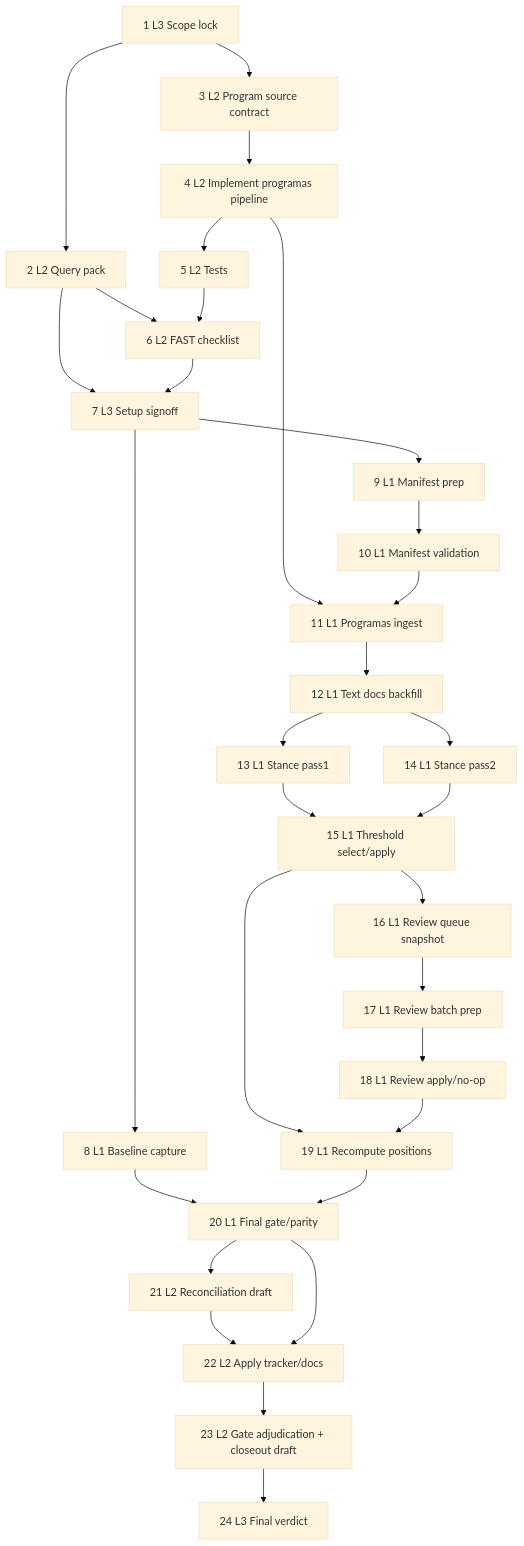
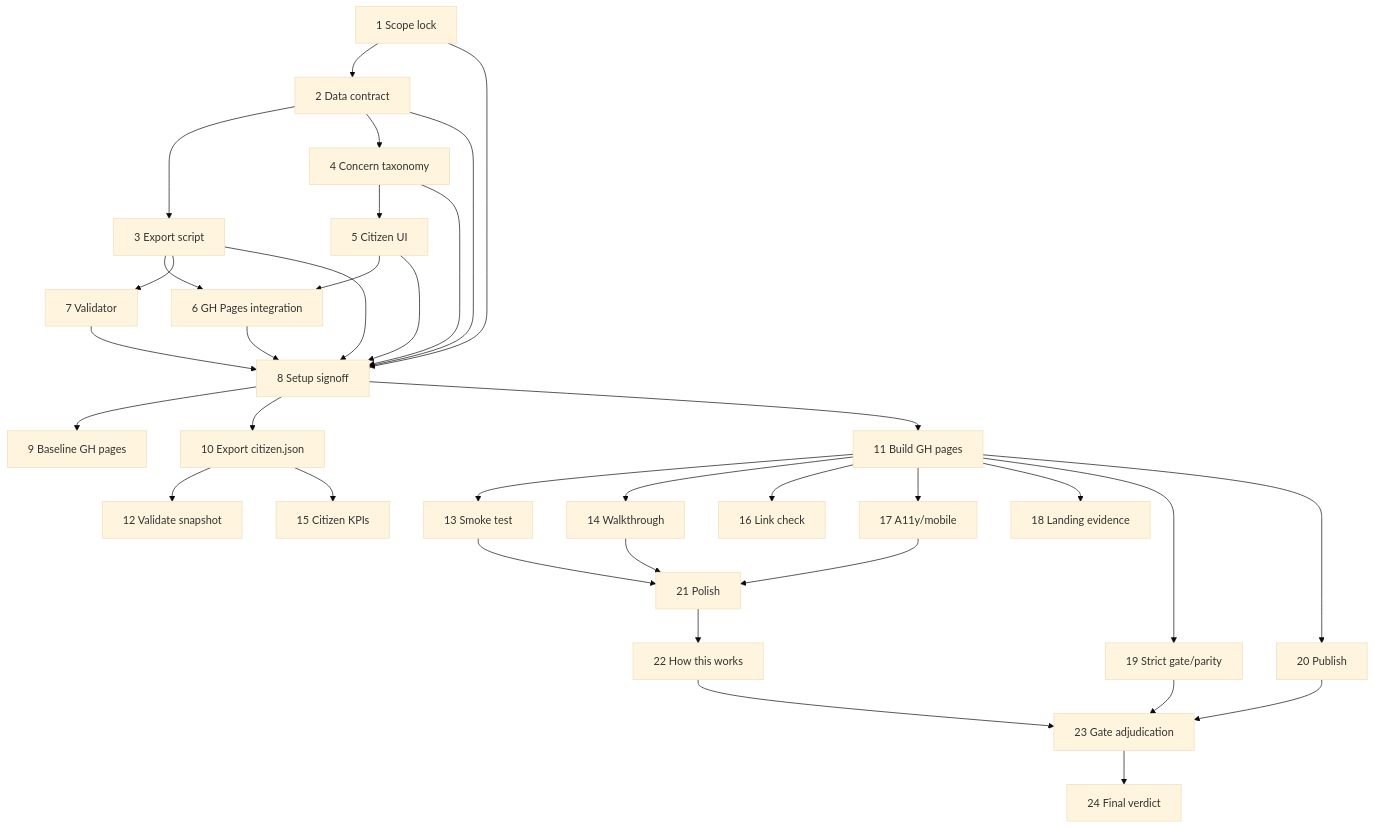
Before and after one commit to gsusI/vota-con-la-chola: the diagram in docs/etl/sprints/AI-OPS-17/sprint-ai-agents.md, drawn with Mermaid (base theme). The commit also changed other lines of this file and 7 other files, not shown here.

Commit message:
docs: make AI-OPS-17 citizen app sprint; shift programas plan to AI-OPS-18

````diff
--- a/docs/etl/sprints/AI-OPS-17/sprint-ai-agents.md
+++ b/docs/etl/sprints/AI-OPS-17/sprint-ai-agents.md
@@ -946,35 +923,39 @@
 ```mermaid
 flowchart TD
-  T1["1 L3 Scope lock"] --> T2["2 L2 Query pack"]
-  T1 --> T3["3 L2 Program source contract"]
-  T3 --> T4["4 L2 Implement programas pipeline"]
-  T4 --> T5["5 L2 Tests"]
-  T2 --> T6["6 L2 FAST checklist"]
+  T1["1 Scope lock"] --> T2["2 Data contract"]
+  T2 --> T3["3 Export script"]
+  T2 --> T4["4 Concern taxonomy"]
+  T4 --> T5["5 Citizen UI"]
+  T3 --> T6["6 GH Pages integration"]
   T5 --> T6
-  T2 --> T7["7 L3 Setup signoff"]
-  T6 --> T7
+  T3 --> T7["7 Validator"]
+  T1 --> T8["8 Setup signoff"]
+  T2 --> T8
+  T3 --> T8
+  T4 --> T8
+  T5 --> T8
+  T6 --> T8
+  T7 --> T8
 
-  T7 --> T8["8 L1 Baseline capture"]
-  T7 --> T9["9 L1 Manifest prep"]
-  T9 --> T10["10 L1 Manifest validation"]
-  T4 --> T11["11 L1 Programas ingest"]
-  T10 --> T11
-  T11 --> T12["12 L1 Text docs backfill"]
-  T12 --> T13["13 L1 Stance pass1"]
-  T12 --> T14["14 L1 Stance pass2"]
-  T13 --> T15["15 L1 Threshold select/apply"]
-  T14 --> T15
-  T15 --> T16["16 L1 Review queue snapshot"]
-  T16 --> T17["17 L1 Review batch prep"]
-  T17 --> T18["18 L1 Review apply/no-op"]
-  T15 --> T19["19 L1 Recompute positions"]
-  T18 --> T19
-  T8 --> T20["20 L1 Final gate/parity"]
-  T19 --> T20
+  T8 --> T9["9 Baseline GH pages"]
+  T8 --> T10["10 Export citizen.json"]
+  T8 --> T11["11 Build GH pages"]
+  T10 --> T12["12 Validate snapshot"]
+  T11 --> T13["13 Smoke test"]
+  T11 --> T14["14 Walkthrough"]
+  T10 --> T15["15 Citizen KPIs"]
+  T11 --> T16["16 Link check"]
+  T11 --> T17["17 A11y/mobile"]
+  T11 --> T18["18 Landing evidence"]
+  T11 --> T19["19 Strict gate/parity"]
+  T11 --> T20["20 Publish"]
 
-  T20 --> T21["21 L2 Reconciliation draft"]
-  T21 --> T22["22 L2 Apply tracker/docs"]
-  T20 --> T22
-  T22 --> T23["23 L2 Gate adjudication + closeout draft"]
-  T23 --> T24["24 L3 Final verdict"]
+  T13 --> T21["21 Polish"]
+  T14 --> T21
+  T17 --> T21
+  T19 --> T23["23 Gate adjudication"]
+  T20 --> T23
+  T22["22 How this works"] --> T23
+  T21 --> T22
+  T23 --> T24["24 Final verdict"]
 ```
````
